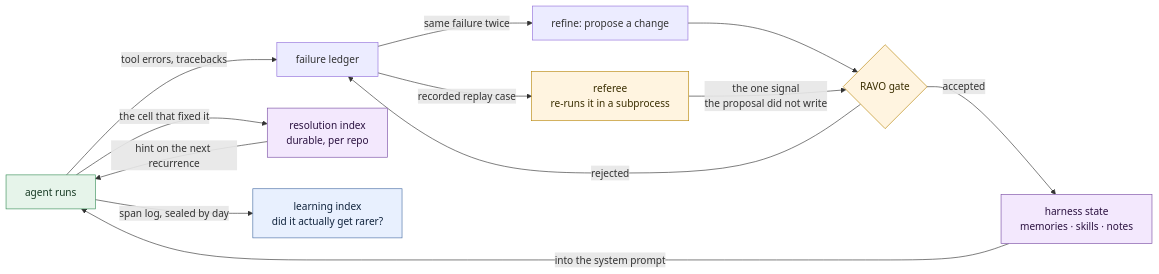
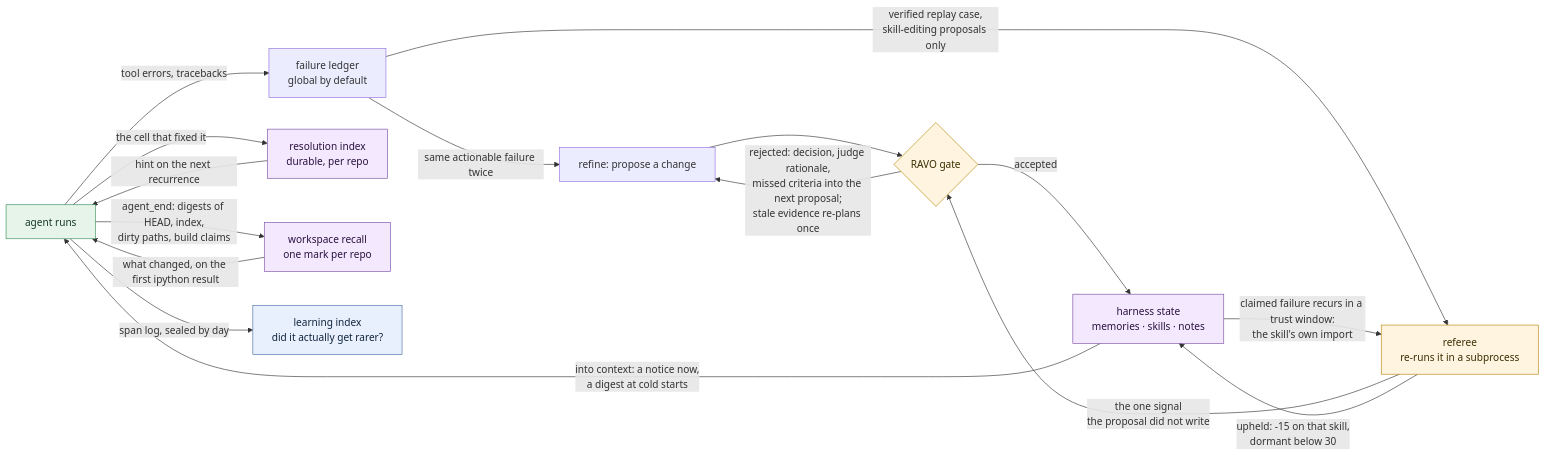
The fifth of 5 diagrams in FLOWCHART.md (coleleavitt/prime-agent), drawn with Mermaid before and after one commit. The commit also changed other lines of this file and 164 other files, not shown here.

````diff
--- a/FLOWCHART.md
+++ b/FLOWCHART.md
@@ -175,21 +175,26 @@
 ```mermaid
 flowchart LR
-    RUN["agent runs"] -->|"tool errors, tracebacks"| LED["failure ledger"]
+    RUN["agent runs"] -->|"tool errors, tracebacks"| LED["failure ledger<br/>global by default"]
     RUN -->|"the cell that fixed it"| RIX["resolution index<br/>durable, per repo"]
     RIX -->|"hint on the next recurrence"| RUN
-    LED -->|"same failure twice"| REF["refine: propose a change"]
-    LED -->|"recorded replay case"| RFE["referee<br/>re-runs it in a subprocess"]
+    RUN -->|"agent_end: digests of HEAD, index,<br/>dirty paths, build claims"| WR["workspace recall<br/>one mark per repo"]
+    WR -->|"what changed, on the first ipython result"| RUN
+    LED -->|"same actionable failure twice"| REF["refine: propose a change"]
+    LED -->|"verified replay case,<br/>skill-editing proposals only"| RFE["referee<br/>re-runs it in a subprocess"]
     REF --> GATE{"RAVO gate"}
     RFE -->|"the one signal<br/>the proposal did not write"| GATE
-    GATE -->|"rejected"| LED
+    GATE -->|"rejected: decision, judge rationale,<br/>missed criteria into the next proposal;<br/>stale evidence re-plans once"| REF
     GATE -->|"accepted"| HS["harness state<br/>memories · skills · notes"]
-    HS -->|"into the system prompt"| RUN
+    HS -->|"into context: a notice now,<br/>a digest at cold starts"| RUN
+    HS -->|"claimed failure recurs in a trust window:<br/>the skill's own import"| RFE
+    RFE -->|"upheld: -15 on that skill,<br/>dormant below 30"| HS
     RUN -->|"span log, sealed by day"| LIX["learning index<br/>did it actually get rarer?"]
 
     style RUN fill:#e6f4ea,stroke:#3a8f5a,color:#173a24
     style GATE fill:#fff4e0,stroke:#b8860b,color:#3a2e00
     style RFE fill:#fff4e0,stroke:#b8860b,color:#3a2e00
     style HS fill:#f3e8fd,stroke:#7a4fa5,color:#2b1240
     style RIX fill:#f3e8fd,stroke:#7a4fa5,color:#2b1240
+    style WR fill:#f3e8fd,stroke:#7a4fa5,color:#2b1240
     style LIX fill:#e8f0fe,stroke:#4a6fa5,color:#11243d
 ```
````
